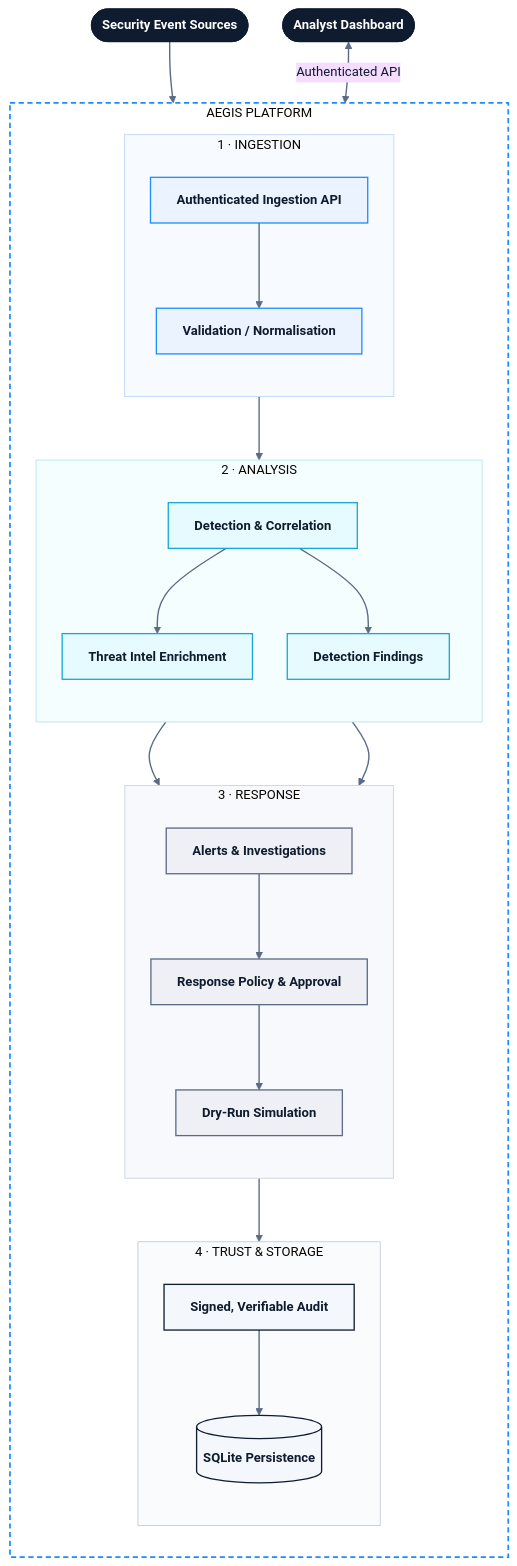
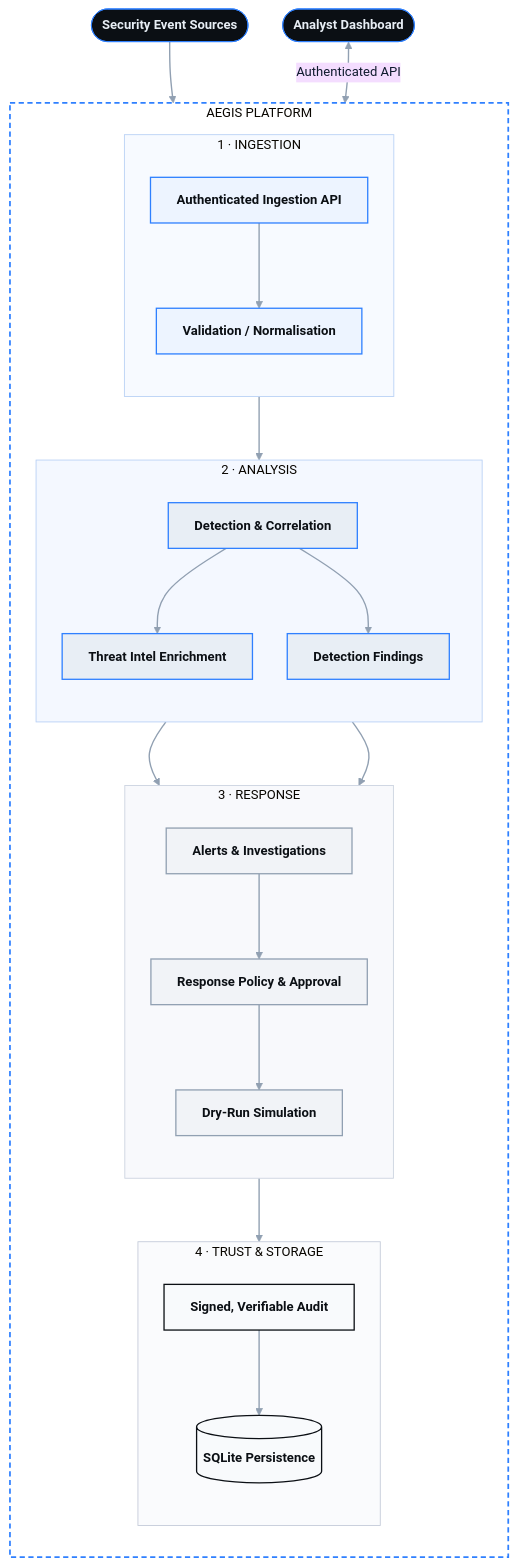
One commit to Nomusa990822/aegis-security-platform changed the second of 2 diagrams in README.md. Above: the diagram before and after it, drawn with Mermaid. The commit also changed other lines of this file, not shown here.

````diff
--- a/README.md
+++ b/README.md
@@ -254,78 +268,78 @@
 ```mermaid
 %%{init: {
   "theme": "base",
   "themeVariables": {
     "fontFamily": "Inter, Segoe UI, Helvetica, Arial, sans-serif",
     "fontSize": "15px",
     "primaryTextColor": "#0f1b2e",
     "lineColor": "#5b6b85"
   },
   "flowchart": { "curve": "basis", "nodeSpacing": 40, "rankSpacing": 48, "htmlLabels": true }
 }}%%
 flowchart TB
     SRC(["<b>Security Event Sources</b>"])
     DASH(["<b>Analyst Dashboard</b>"])
 
     subgraph AEGIS["&nbsp;AEGIS PLATFORM&nbsp;"]
         direction TB
 
         subgraph ING["&nbsp;1 · INGESTION&nbsp;"]
             direction TB
             API["<b>Authenticated Ingestion API</b>"]
             NORM["<b>Validation / Normalisation</b>"]
         end
 
         subgraph ANA["&nbsp;2 · ANALYSIS&nbsp;"]
             direction TB
             DET["<b>Detection &amp; Correlation</b>"]
             INTEL["<b>Threat Intel Enrichment</b>"]
             FIND["<b>Detection Findings</b>"]
         end
 
         subgraph RESP["&nbsp;3 · RESPONSE&nbsp;"]
             direction TB
             ALERT["<b>Alerts &amp; Investigations</b>"]
             POLICY["<b>Response Policy &amp; Approval</b>"]
             SIM["<b>Dry-Run Simulation</b>"]
         end
 
         subgraph TRUST["&nbsp;4 · TRUST &amp; STORAGE&nbsp;"]
             direction TB
             AUDIT["<b>Signed, Verifiable Audit</b>"]
             DB[("<b>SQLite Persistence</b>")]
         end
     end
 
     SRC --> API
     API --> NORM
     NORM --> DET
     DET --> INTEL
     DET --> FIND
     INTEL --> ALERT
     FIND --> ALERT
     ALERT --> POLICY
     POLICY --> SIM
     SIM --> AUDIT
     AUDIT --> DB
     DASH <-->|"Authenticated API"| AEGIS
 
-    classDef external fill:#0f1b2e,stroke:#0f1b2e,color:#ffffff,font-weight:bold;
-    classDef ingest   fill:#eaf3ff,stroke:#1e8cff,stroke-width:1.5px,color:#0f1b2e;
-    classDef analyse  fill:#e6fbff,stroke:#17a8d4,stroke-width:1.5px,color:#0f1b2e;
-    classDef respond  fill:#eef0f6,stroke:#5b6b85,stroke-width:1.5px,color:#0f1b2e;
-    classDef trust    fill:#f4f7fb,stroke:#0f1b2e,stroke-width:1.5px,color:#0f1b2e;
+    classDef external fill:#0B0F14,stroke:#2F80FF,color:#E8EEF5,font-weight:bold;
+    classDef ingest fill:#EDF4FF,stroke:#2F80FF,stroke-width:1.5px,color:#0B0F14;
+    classDef analyse fill:#E8EEF5,stroke:#2F80FF,stroke-width:1.5px,color:#0B0F14;
+    classDef respond fill:#F1F3F7,stroke:#91A0B2,stroke-width:1.5px,color:#0B0F14;
+    classDef trust fill:#F8FAFC,stroke:#0B0F14,stroke-width:1.5px,color:#0B0F14;
 
     class SRC,DASH external;
     class API,NORM ingest;
     class DET,INTEL,FIND analyse;
     class ALERT,POLICY,SIM respond;
     class AUDIT,DB trust;
 
-    style AEGIS fill:#ffffff,stroke:#1e8cff,stroke-width:2px,stroke-dasharray: 6 4
-    style ING   fill:#f7fbff,stroke:#bcd6f5
-    style ANA   fill:#f5feff,stroke:#b5e3f2
-    style RESP  fill:#f8f9fc,stroke:#ccd3e0
-    style TRUST fill:#fafbfd,stroke:#c3cad8
+    style AEGIS fill:#FFFFFF,stroke:#2F80FF,stroke-width:2px,stroke-dasharray:6 4
+    style ING fill:#F7FAFF,stroke:#B8D0F5
+    style ANA fill:#F4F8FF,stroke:#B8D0F5
+    style RESP fill:#F8F9FC,stroke:#CBD3DF
+    style TRUST fill:#FAFBFD,stroke:#C3CAD8
 
-    linkStyle default stroke:#5b6b85,stroke-width:1.6px
+linkStyle default stroke:#91A0B2,stroke-width:1.6px
 ```
````
